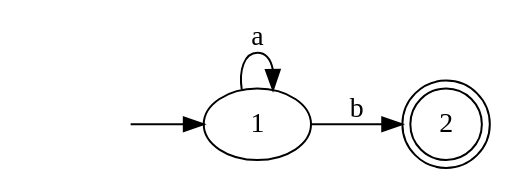
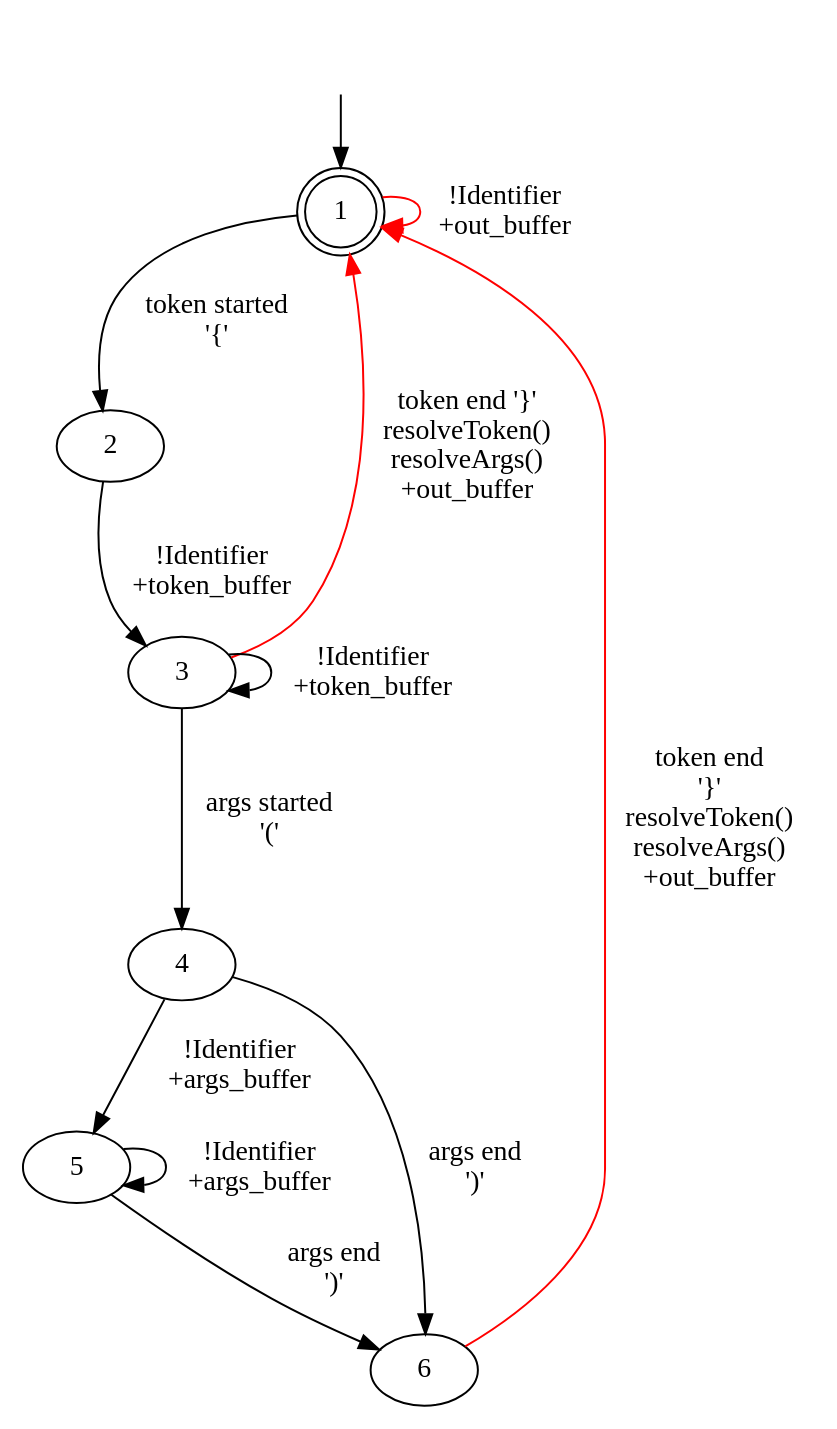
Before and after one commit to niesfisch/tokenreplacer: the diagram in doc/stateMachine.dot, drawn with Graphviz. The commit also changed 10 other files, not shown here.

Commit message:
more improvements and test coverage around the finite state machine design - added graph in /doc dir to show the machine design - added new test reading a file content and replacing stuff in there

```diff
--- a/doc/stateMachine.dot
+++ b/doc/stateMachine.dot
@@ -1,9 +1,18 @@
 digraph G {
-rankdir=LR;
+#rankdir=LR;
 null [shape = plaintext label=""]
 null -> 1
 node [shape=ellipse];
-2 [shape=doublecircle];
-1 -> 1 [label = "a"];
-1 -> 2 [label = "b"];
+1 [shape=doublecircle];
+1 -> 1 [label = "!Identifier\n+out_buffer", color="red"];
+1 -> 2 [label = "token started\n'{'"];
+2 -> 3 [label = "!Identifier\n+token_buffer"];
+3 -> 3 [label = "!Identifier\n+token_buffer"];
+3 -> 1 [label = "token end '}'\nresolveToken()\nresolveArgs()\n+out_buffer", color="red"];
+3 -> 4 [label = "args started\n'('"];
+4 -> 5 [label = "!Identifier\n+args_buffer"];
+4 -> 6 [label = "args end\n')'"];
+5 -> 5 [label = "!Identifier\n+args_buffer"];
+5 -> 6 [label = "args end\n')'"];
+6 -> 1 [label = "token end\n'}'\nresolveToken()\nresolveArgs()\n+out_buffer", color="red"];
 }
```
